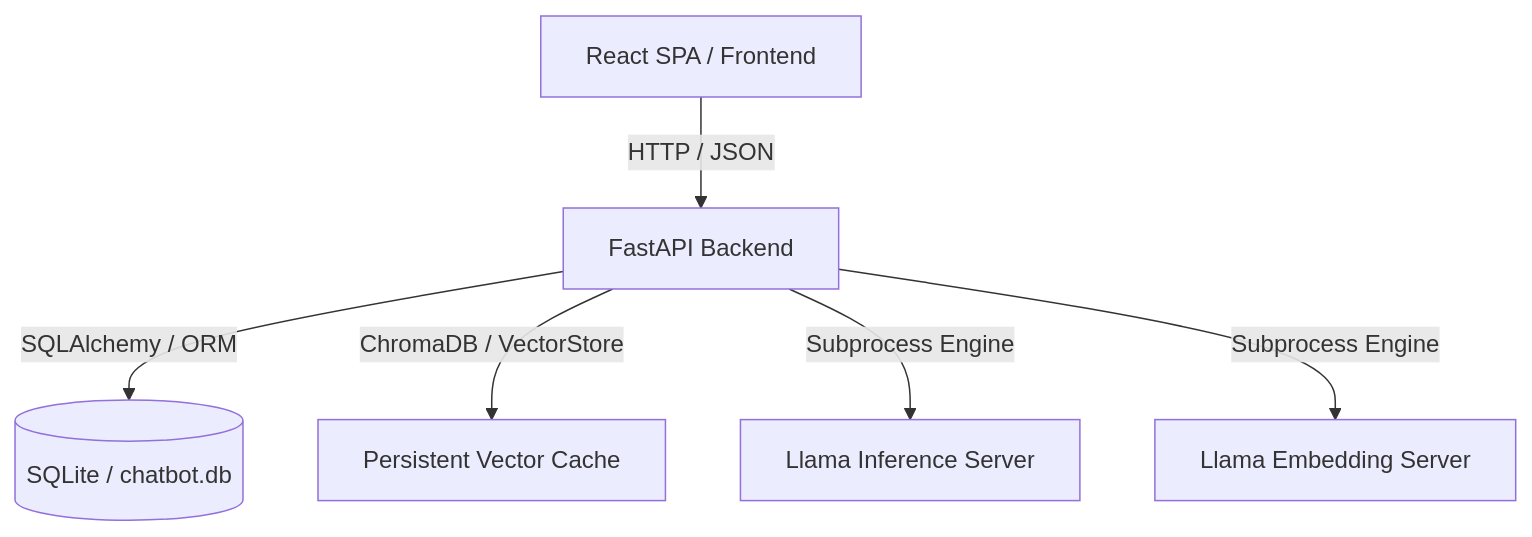
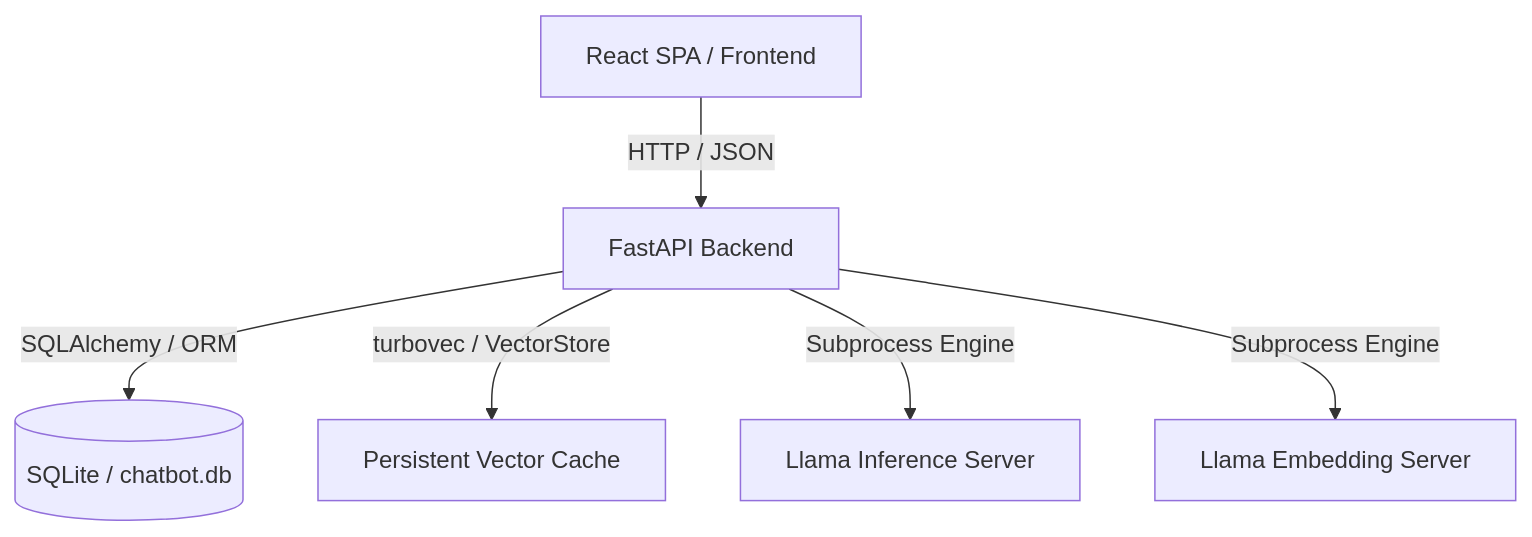
One commit to FellypeMelo/Open-ChatBot changed the diagram in README.md. Above: the diagram before and after it, drawn with Mermaid. The commit also changed other lines of this file and 3 other files, not shown here.

First line of the commit message:
docs: add architecture, data-model-ER, and testing docs (Phase F)

````diff
--- a/README.md
+++ b/README.md
@@ -15,8 +15,8 @@
 ```mermaid
 graph TD
     A[React SPA / Frontend] -->|HTTP / JSON| B[FastAPI Backend]
     B -->|SQLAlchemy / ORM| C[(SQLite / chatbot.db)]
-    B -->|ChromaDB / VectorStore| D[Persistent Vector Cache]
+    B -->|turbovec / VectorStore| D[Persistent Vector Cache]
     B -->|Subprocess Engine| E[Llama Inference Server]
     B -->|Subprocess Engine| F[Llama Embedding Server]
 ```
````
